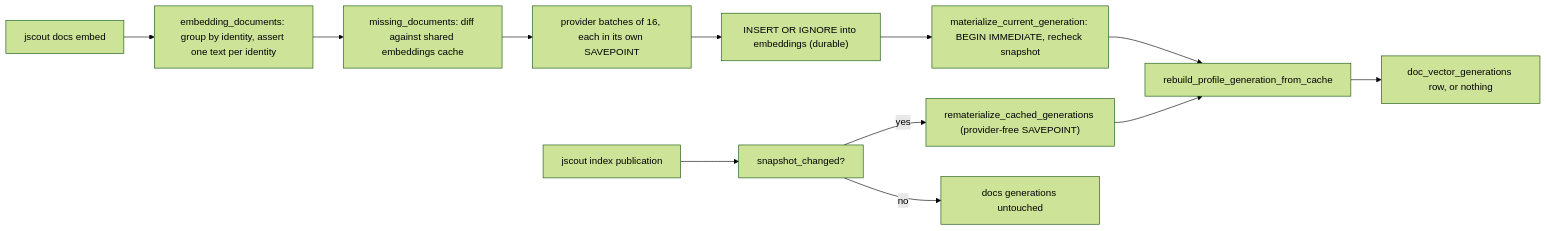
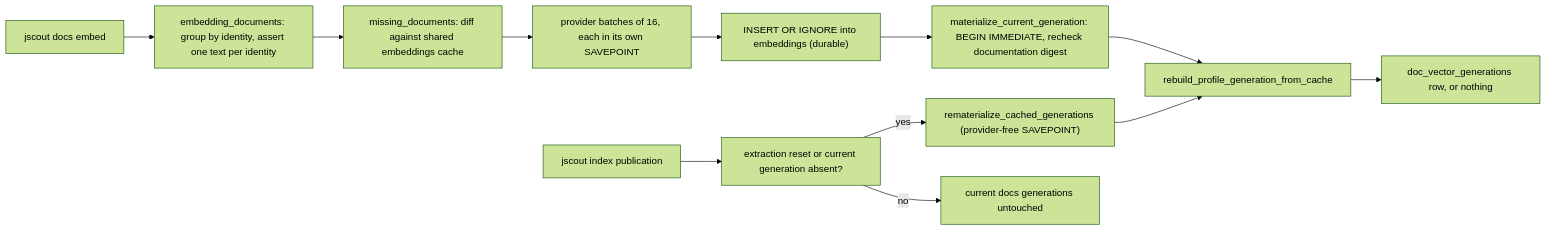
One commit to iantocristian/jscout changed the second of 3 diagrams in docs/codebase-analysis/04-documentation-retrieval.md. Above: the diagram before and after it, drawn with Mermaid (forest theme). The commit also changed other lines of this file and 10 other files, not shown here.

Commit message:
docs: refresh architecture analysis for plane identities

````diff
--- a/docs/codebase-analysis/04-documentation-retrieval.md
+++ b/docs/codebase-analysis/04-documentation-retrieval.md
@@ -97,14 +97,14 @@
 ```mermaid
 flowchart LR
   EMBED["jscout docs embed"] --> GROUP["embedding_documents: group by identity, assert one text per identity"]
   GROUP --> MISS["missing_documents: diff against shared embeddings cache"]
   MISS --> PROV["provider batches of 16, each in its own SAVEPOINT"]
   PROV --> CACHE["INSERT OR IGNORE into embeddings (durable)"]
-  CACHE --> MAT["materialize_current_generation: BEGIN IMMEDIATE, recheck snapshot"]
-  INDEX["jscout index publication"] --> GATE["snapshot_changed?"]
+  CACHE --> MAT["materialize_current_generation: BEGIN IMMEDIATE, recheck documentation digest"]
+  INDEX["jscout index publication"] --> GATE["extraction reset or current generation absent?"]
   GATE -- "yes" --> REMAT["rematerialize_cached_generations (provider-free SAVEPOINT)"]
-  GATE -- "no" --> SKIP["docs generations untouched"]
+  GATE -- "no" --> SKIP["current docs generations untouched"]
   MAT --> REBUILD["rebuild_profile_generation_from_cache"]
   REMAT --> REBUILD
   REBUILD --> READY["doc_vector_generations row, or nothing"]
 ```
````
